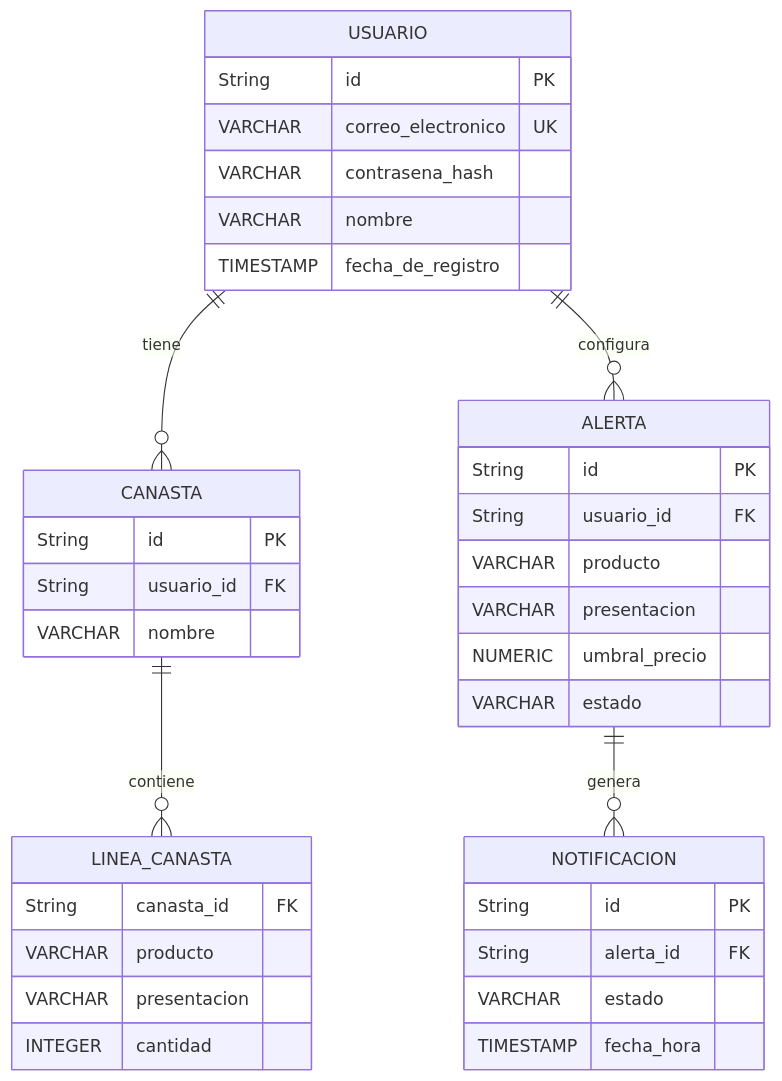
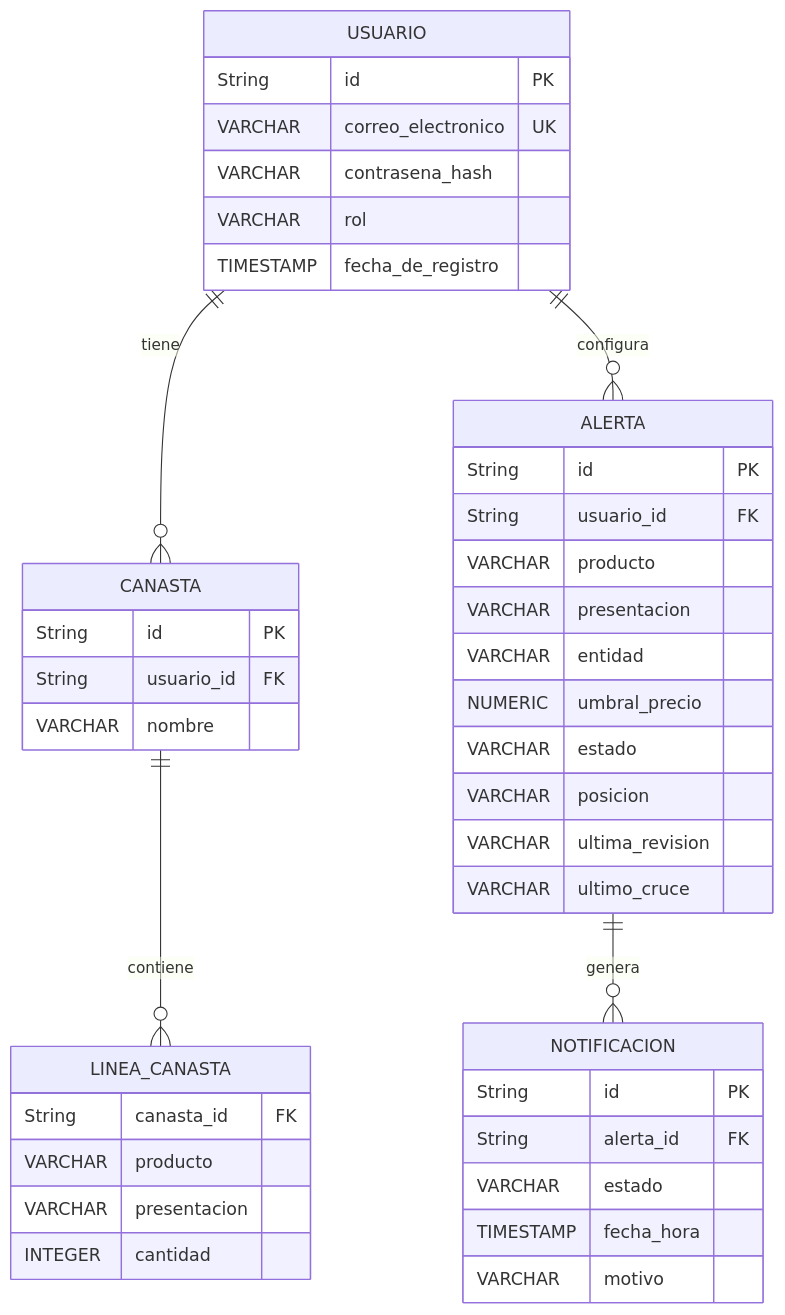
The diagram in docs/analisis/modelo-er.md (arik36/canastamx), drawn with Mermaid before and after one commit. The commit also changed other lines of this file and 4 other files, not shown here.

````diff
--- a/docs/analisis/modelo-er.md
+++ b/docs/analisis/modelo-er.md
@@ -5,45 +5,50 @@
 ```mermaid
 erDiagram
 
     USUARIO {
         String id PK
         VARCHAR correo_electronico UK
         VARCHAR contrasena_hash
-        VARCHAR nombre
+        VARCHAR rol
         TIMESTAMP fecha_de_registro
     }
 
     CANASTA {
         String id PK
         String usuario_id FK
         VARCHAR nombre
     }
 
     LINEA_CANASTA {
         String canasta_id FK
         VARCHAR producto
         VARCHAR presentacion
         INTEGER cantidad
     }
 
     ALERTA {
         String id PK
         String usuario_id FK
         VARCHAR producto
         VARCHAR presentacion
+        VARCHAR entidad
         NUMERIC umbral_precio
         VARCHAR estado
+        VARCHAR posicion
+        VARCHAR ultima_revision
+        VARCHAR ultimo_cruce
     }
 
     NOTIFICACION {
         String id PK
         String alerta_id FK
         VARCHAR estado
         TIMESTAMP fecha_hora
+        VARCHAR motivo
     }
 
     USUARIO ||--o{ CANASTA : tiene
     USUARIO ||--o{ ALERTA : configura
     CANASTA ||--o{ LINEA_CANASTA : contiene
     ALERTA ||--o{ NOTIFICACION : genera
 ```
````
